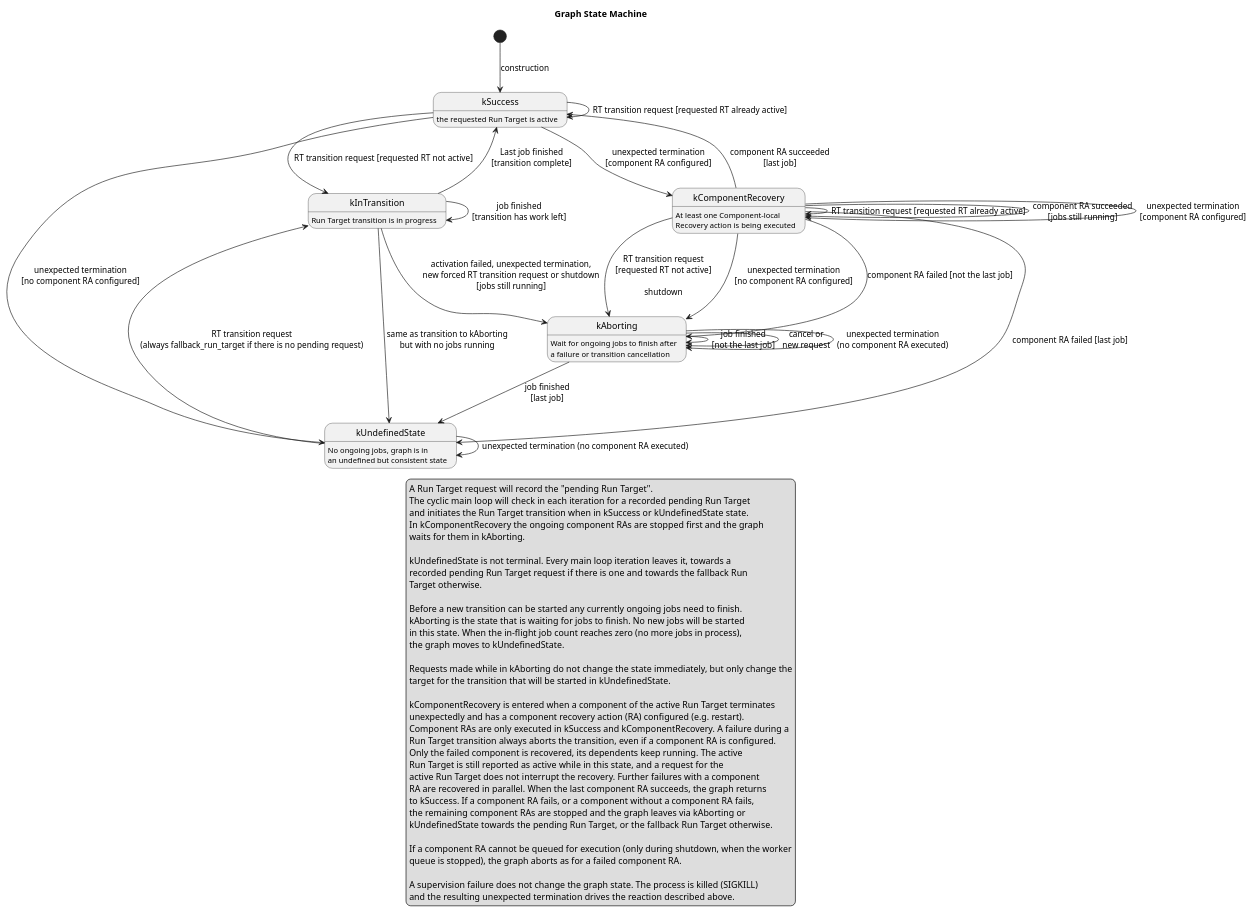
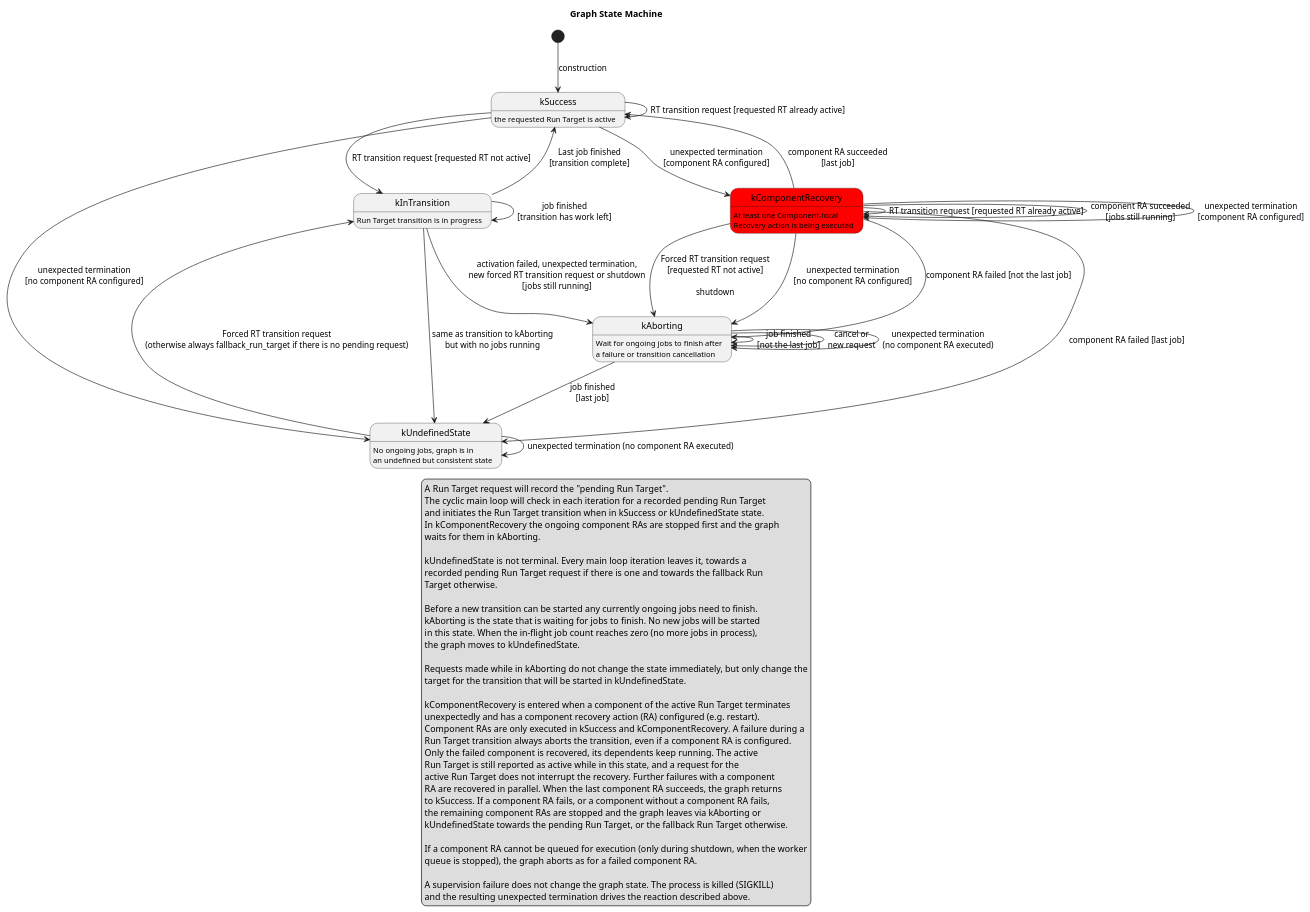
The diagram in score/launch_manager/docs/detailed_design/_assets/graph_states.puml (eclipse-score/lifecycle), drawn with PlantUML before and after one commit.

Commit message:
Differentiate forced non-forced request

```diff
--- a/score/launch_manager/docs/detailed_design/_assets/graph_states.puml
+++ b/score/launch_manager/docs/detailed_design/_assets/graph_states.puml
@@ -14,87 +14,87 @@
 @startuml graph_states
 
 title Graph State Machine
 
 kSuccess : the requested Run Target is active
 kInTransition : Run Target transition is in progress
 kAborting : Wait for ongoing jobs to finish after\na failure or transition cancellation
 kUndefinedState : No ongoing jobs, graph is in\nan undefined but consistent state
-state kComponentRecovery
+state kComponentRecovery #Red
 kComponentRecovery : At least one Component-local\nRecovery action is being executed
 
 [*] --> kSuccess : construction
 
 kSuccess --> kSuccess : RT transition request [requested RT already active]
 
 ' --- starting a transition ---------------------------------------------------
 kSuccess --> kInTransition : RT transition request [requested RT not active]
-kUndefinedState --> kInTransition : RT transition request\n(always fallback_run_target if there is no pending request)
+kUndefinedState --> kInTransition : Forced RT transition request\n(otherwise always fallback_run_target if there is no pending request)
 
 ' --- running a transition ----------------------------------------------------
 kInTransition --> kInTransition : job finished\n[transition has work left]
 kInTransition --> kSuccess : Last job finished\n[transition complete]
 
 ' --- leaving a transition ----------------------------------------------------
 kInTransition --> kAborting : activation failed, unexpected termination,\nnew forced RT transition request or shutdown\n[jobs still running]
 kInTransition --> kUndefinedState : same as transition to kAborting\nbut with no jobs running
 
 ' --- aborting ----------------------------------------------------------------
 kAborting --> kAborting : job finished\n[not the last job]
 kAborting --> kUndefinedState : job finished\n[last job]
 kAborting --> kAborting : cancel or\nnew request
 kAborting --> kAborting : unexpected termination\n(no component RA executed)
 
 ' --- failures outside a transition -------------------------------------------
 kSuccess --> kUndefinedState : unexpected termination\n[no component RA configured]
 kUndefinedState --> kUndefinedState : unexpected termination (no component RA executed)
 
 ' --- Local Recovery Action
 kSuccess --> kComponentRecovery : unexpected termination\n[component RA configured]
 kComponentRecovery --> kComponentRecovery : RT transition request [requested RT already active]
 kComponentRecovery --> kSuccess: component RA succeeded\n[last job]
 kComponentRecovery --> kComponentRecovery : component RA succeeded\n[jobs still running]
 kComponentRecovery --> kComponentRecovery : unexpected termination\n[component RA configured]
-kComponentRecovery --> kAborting : RT transition request\n[requested RT not active]\n\nshutdown
+kComponentRecovery --> kAborting : Forced RT transition request\n[requested RT not active]\n\nshutdown
 kComponentRecovery --> kAborting : unexpected termination\n[no component RA configured]
 kComponentRecovery --> kAborting : component RA failed [not the last job]
 kComponentRecovery --> kUndefinedState : component RA failed [last job]
 
 legend bottom
   A Run Target request will record the "pending Run Target".
   The cyclic main loop will check in each iteration for a recorded pending Run Target
   and initiates the Run Target transition when in kSuccess or kUndefinedState state.
   In kComponentRecovery the ongoing component RAs are stopped first and the graph
   waits for them in kAborting.
 
   kUndefinedState is not terminal. Every main loop iteration leaves it, towards a
   recorded pending Run Target request if there is one and towards the fallback Run 
   Target otherwise.
 
   Before a new transition can be started any currently ongoing jobs need to finish.
   kAborting is the state that is waiting for jobs to finish. No new jobs will be started
   in this state. When the in-flight job count reaches zero (no more jobs in process),
   the graph moves to kUndefinedState.
   
   Requests made while in kAborting do not change the state immediately, but only change the
   target for the transition that will be started in kUndefinedState.
 
   kComponentRecovery is entered when a component of the active Run Target terminates
   unexpectedly and has a component recovery action (RA) configured (e.g. restart).
   Component RAs are only executed in kSuccess and kComponentRecovery. A failure during a
   Run Target transition always aborts the transition, even if a component RA is configured.
   Only the failed component is recovered, its dependents keep running. The active
   Run Target is still reported as active while in this state, and a request for the
   active Run Target does not interrupt the recovery. Further failures with a component
   RA are recovered in parallel. When the last component RA succeeds, the graph returns
   to kSuccess. If a component RA fails, or a component without a component RA fails,
   the remaining component RAs are stopped and the graph leaves via kAborting or
   kUndefinedState towards the pending Run Target, or the fallback Run Target otherwise.
 
   If a component RA cannot be queued for execution (only during shutdown, when the worker
   queue is stopped), the graph aborts as for a failed component RA.
 
   A supervision failure does not change the graph state. The process is killed (SIGKILL)
   and the resulting unexpected termination drives the reaction described above.
 end legend
 
 @enduml
```
